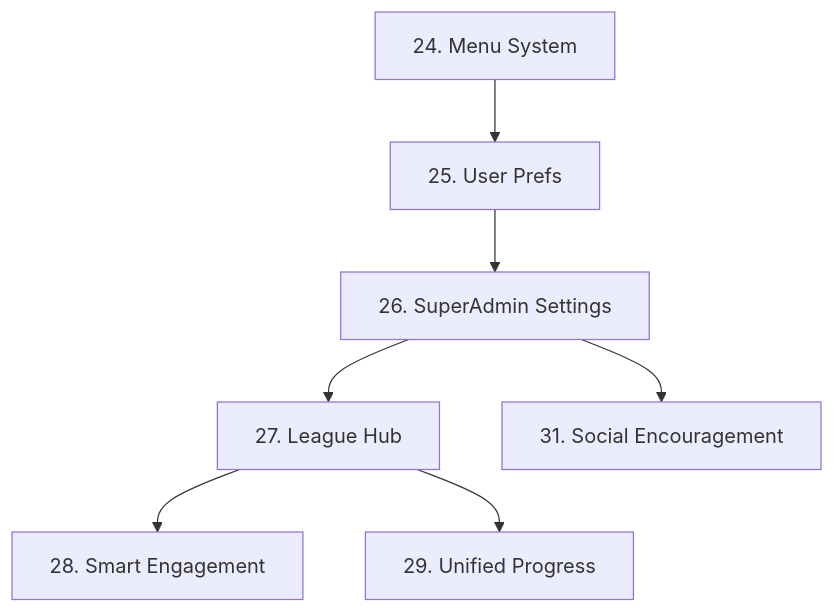
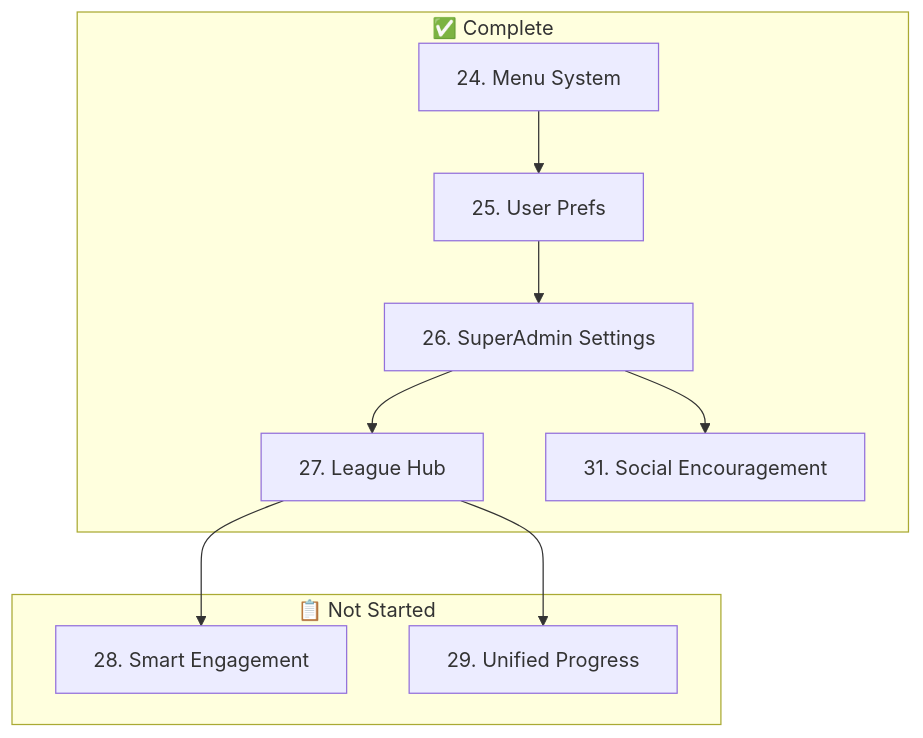
One commit to vassovass/scl-v3 changed the diagram in docs/prds/admin-feedback-system/PRD_00_Index.md. Above: the diagram before and after it, drawn with Mermaid. The commit also changed other lines of this file and 8 other files, not shown here.

````diff
--- a/docs/prds/admin-feedback-system/PRD_00_Index.md
+++ b/docs/prds/admin-feedback-system/PRD_00_Index.md
@@ -89,9 +100,22 @@
 ```mermaid
 graph TD
-    PRD24[24. Menu System] --> PRD25[25. User Prefs]
-    PRD25 --> PRD26[26. SuperAdmin Settings]
-    PRD26 --> PRD27[27. League Hub]
-    PRD26 --> PRD31[31. Social Encouragement]
-    PRD27 --> PRD28[28. Smart Engagement]
-    PRD27 --> PRD29[29. Unified Progress]
+    subgraph "✅ Complete"
+        PRD24[24. Menu System]
+        PRD25[25. User Prefs]
+        PRD26[26. SuperAdmin Settings]
+        PRD27[27. League Hub]
+        PRD31[31. Social Encouragement]
+    end
+    
+    subgraph "📋 Not Started"
+        PRD28[28. Smart Engagement]
+        PRD29[29. Unified Progress]
+    end
+    
+    PRD24 --> PRD25
+    PRD25 --> PRD26
+    PRD26 --> PRD27
+    PRD26 --> PRD31
+    PRD27 --> PRD28
+    PRD27 --> PRD29
 ```
````
